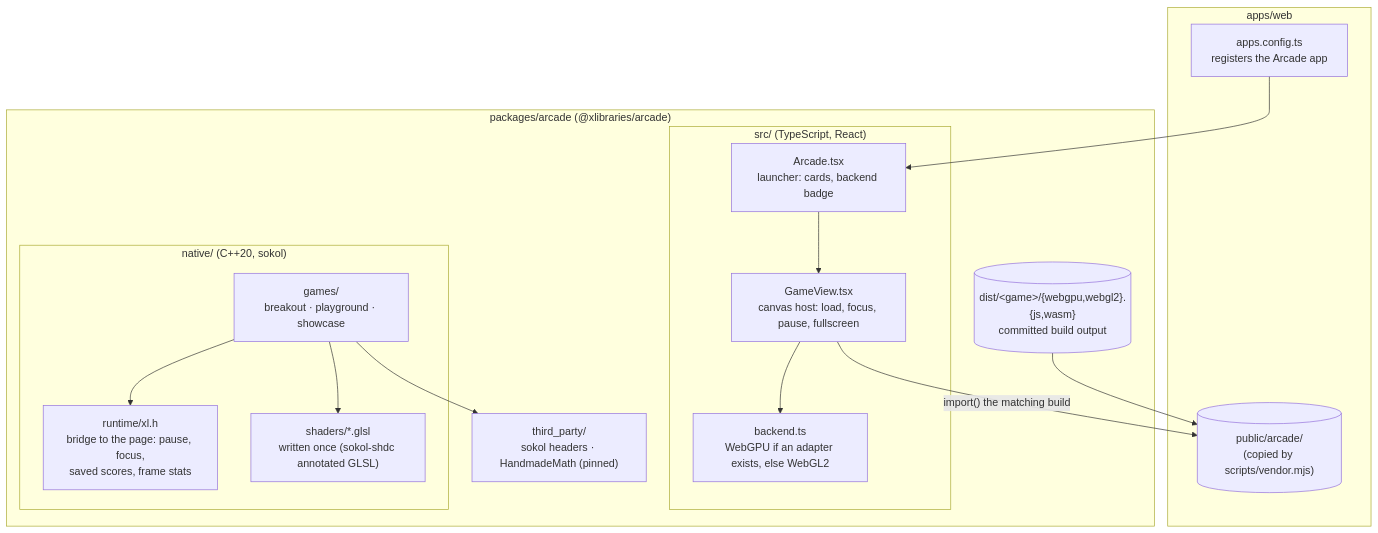
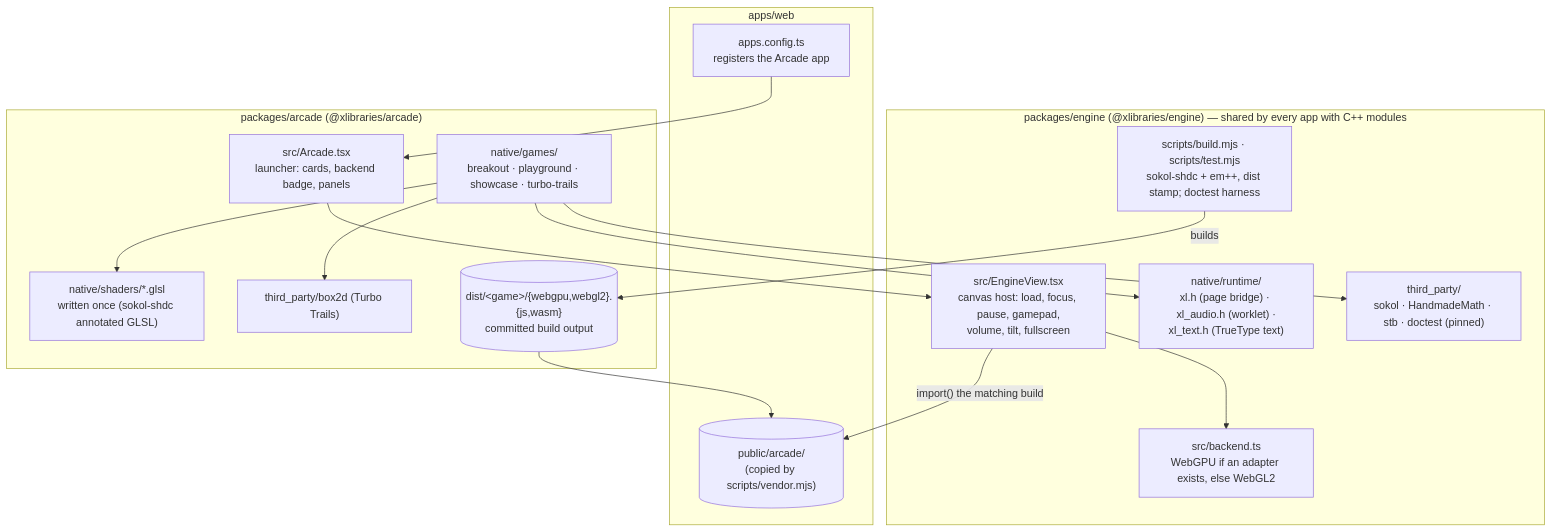
Before and after one commit to xlibraries/Xlib: the first of 2 diagrams in docs/arcade-plan.md, drawn with Mermaid. The commit also changed 69 other files, not shown here.

Commit message:
Engine package: the runtime, build pipeline, vendored libraries and canvas host move out of the Arcade into @xlibraries/engine

````diff
--- a/docs/arcade-plan.md
+++ b/docs/arcade-plan.md
@@ -12,30 +12,30 @@
 ```mermaid
 flowchart TB
     subgraph site["apps/web"]
         config["apps.config.ts<br/>registers the Arcade app"]
         public[("public/arcade/<br/>(copied by scripts/vendor.mjs)")]
     end
 
+    subgraph engine["packages/engine (@xlibraries/engine) — shared by every app with C++ modules"]
+        view["src/EngineView.tsx<br/>canvas host: load, focus, pause, gamepad,<br/>volume, tilt, fullscreen"]
+        pick["src/backend.ts<br/>WebGPU if an adapter exists, else WebGL2"]
+        runtime["native/runtime/<br/>xl.h (page bridge) · xl_audio.h (worklet) ·<br/>xl_text.h (TrueType text)"]
+        buildpipe["scripts/build.mjs · scripts/test.mjs<br/>sokol-shdc + em++, dist stamp; doctest harness"]
+        third["third_party/<br/>sokol · HandmadeMath · stb · doctest (pinned)"]
+    end
+
     subgraph pkg["packages/arcade (@xlibraries/arcade)"]
-        subgraph ts["src/ (TypeScript, React)"]
-            launcher["Arcade.tsx<br/>launcher: cards, backend badge"]
-            view["GameView.tsx<br/>canvas host: load, focus, pause, fullscreen"]
-            pick["backend.ts<br/>WebGPU if an adapter exists, else WebGL2"]
-        end
-        subgraph native["native/ (C++20, sokol)"]
-            runtime["runtime/xl.h<br/>bridge to the page: pause, focus,<br/>saved scores, frame stats"]
-            games["games/<br/>breakout · playground · showcase"]
-            shaders["shaders/*.glsl<br/>written once (sokol-shdc annotated GLSL)"]
-        end
-        third["third_party/<br/>sokol headers · HandmadeMath (pinned)"]
+        launcher["src/Arcade.tsx<br/>launcher: cards, backend badge, panels"]
+        games["native/games/<br/>breakout · playground · showcase · turbo-trails"]
+        shaders["native/shaders/*.glsl<br/>written once (sokol-shdc annotated GLSL)"]
+        box2d["third_party/box2d (Turbo Trails)"]
         dist[("dist/&lt;game&gt;/{webgpu,webgl2}.{js,wasm}<br/>committed build output")]
     end
 
     config --> launcher --> view
     view --> pick
     view -- "import() the matching build" --> public
     dist --> public
-    games --> runtime
-    games --> shaders
-    games --> third
+    games --> runtime & shaders & third & box2d
+    buildpipe -- builds --> dist
 ```
````
